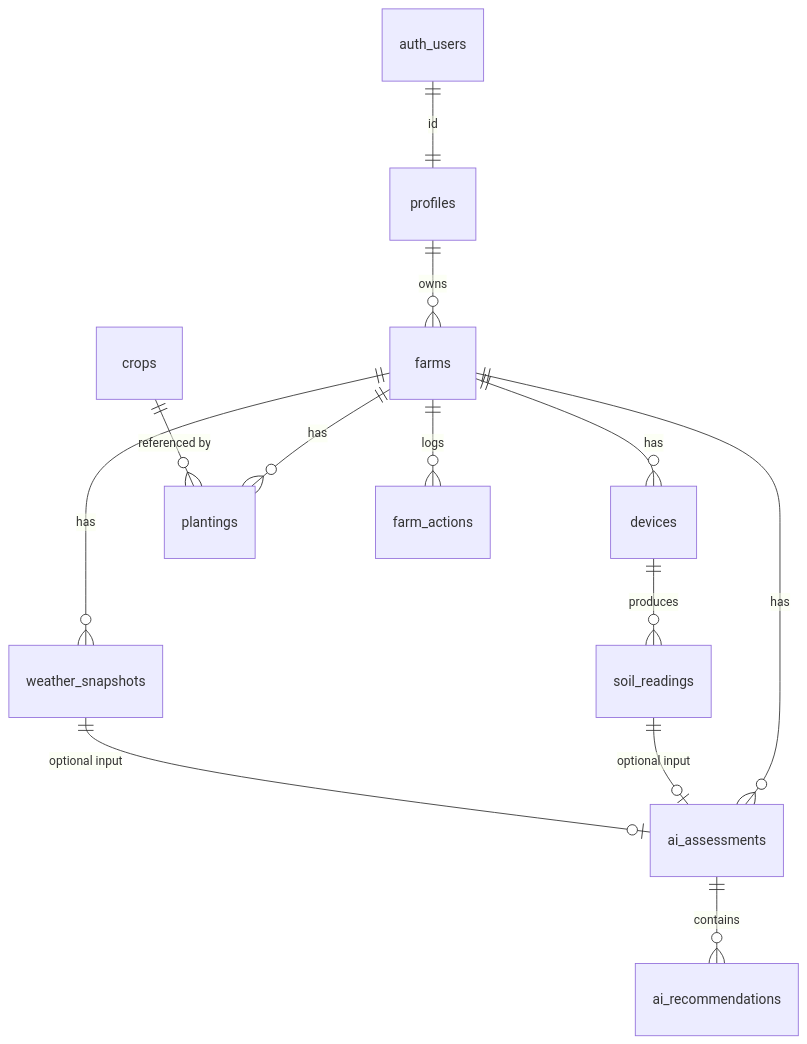
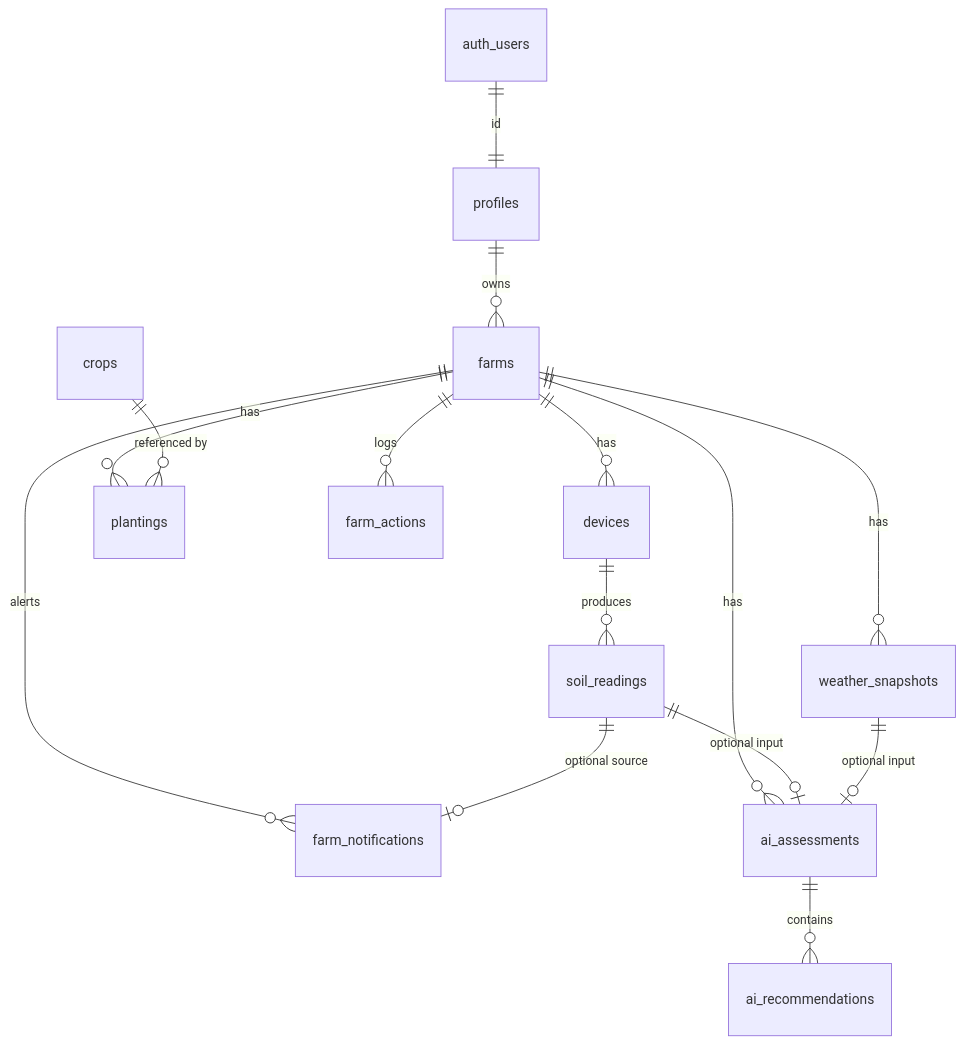
The first of 2 diagrams in docs/context/DATA_MODEL.md (markjoelalcaraz/SoilGood), drawn with Mermaid before and after one commit. The commit also changed other lines of this file and 104 other files, not shown here.

````diff
--- a/docs/context/DATA_MODEL.md
+++ b/docs/context/DATA_MODEL.md
@@ -18,15 +18,17 @@
 ```mermaid
 erDiagram
   auth_users ||--|| profiles : "id"
   profiles ||--o{ farms : owns
   farms ||--o{ devices : has
   devices ||--o{ soil_readings : produces
   farms ||--o{ weather_snapshots : has
   farms ||--o{ plantings : has
   crops ||--o{ plantings : "referenced by"
   farms ||--o{ farm_actions : logs
+  farms ||--o{ farm_notifications : alerts
   farms ||--o{ ai_assessments : has
   ai_assessments ||--o{ ai_recommendations : contains
   soil_readings ||--o| ai_assessments : "optional input"
   weather_snapshots ||--o| ai_assessments : "optional input"
+  soil_readings ||--o| farm_notifications : "optional source"
 ```
````
